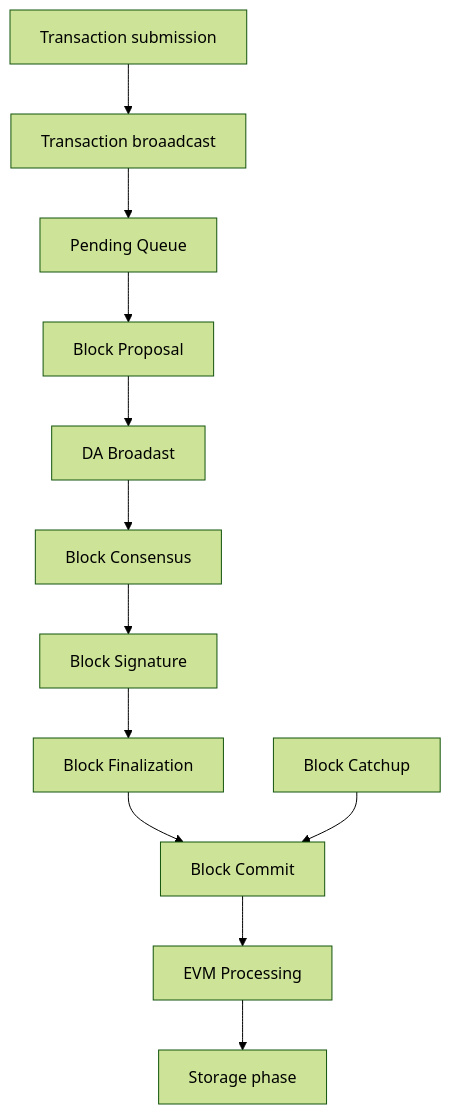
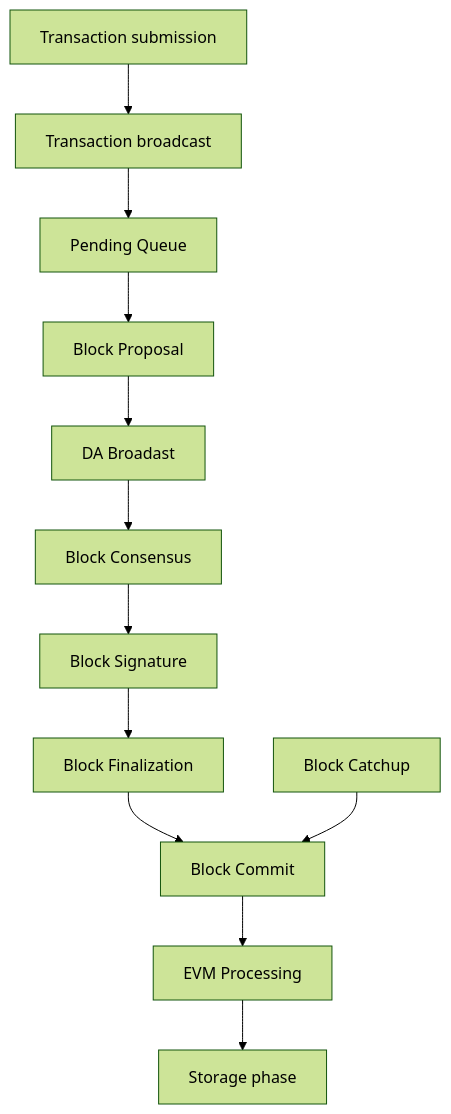
Before and after one commit to twizzworld/docs.skale.network: the second of 3 diagrams in components/technology/modules/ROOT/pages/consensus-spec.adoc, drawn with Mermaid (forest theme).

````diff
--- a/components/technology/modules/ROOT/pages/consensus-spec.adoc
+++ b/components/technology/modules/ROOT/pages/consensus-spec.adoc
@@ -40,8 +40,8 @@
 ```mermaid
 flowchart TD
-    b0[Transaction submission] --> b1[Transaction broaadcast] --> b2[Pending Queue] --> b3[Block Proposal] --> b31[DA Broadast] --> b32[Block Consensus] --> 
+    b0[Transaction submission] --> b1[Transaction broadcast] --> b2[Pending Queue] --> b3[Block Proposal] --> b31[DA Broadast] --> b32[Block Consensus] --> 
     b33[Block Signature] --> 
     b34[Block Finalization] --> b4[Block Commit] --> b5[EVM Processing] -->
     b9[Storage phase]
     b6[Block Catchup] -->b4
 ```
````
